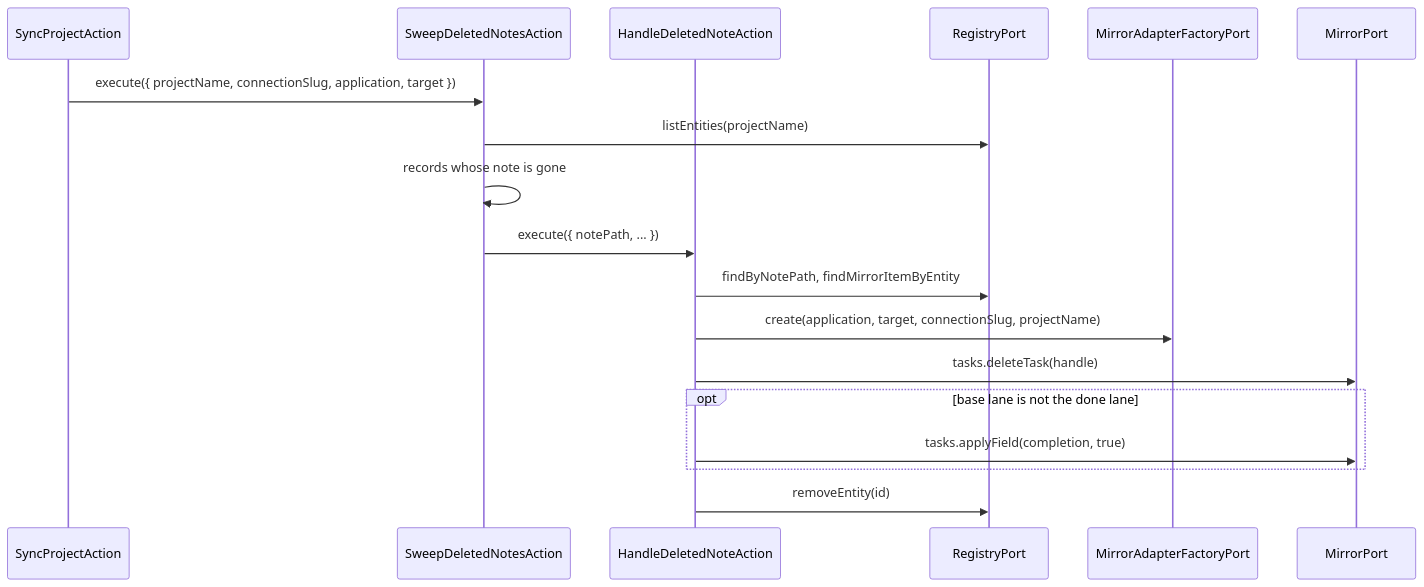
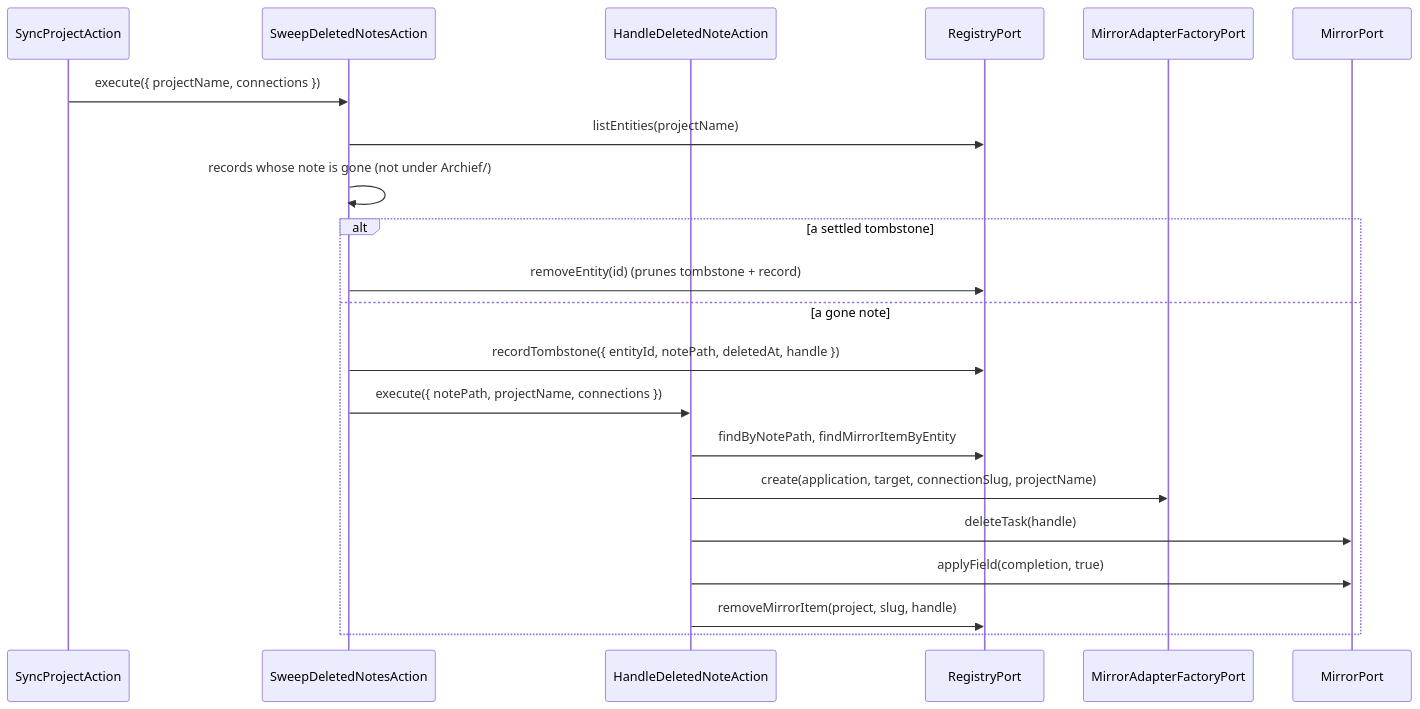
Diagram 15 of 16 in docs/developer-manual.md (99linesofcode/obsidian-project-management), drawn with Mermaid before and after one commit. The commit also changed other lines of this file and 12 other files, not shown here.

````diff
--- a/docs/developer-manual.md
+++ b/docs/developer-manual.md
@@ -670,21 +685,24 @@
 ```mermaid
 sequenceDiagram
   participant SP as SyncProjectAction
   participant Sweep as SweepDeletedNotesAction
   participant HD as HandleDeletedNoteAction
   participant SS as RegistryPort
   participant F as MirrorAdapterFactoryPort
   participant R as MirrorPort
 
-  SP->>Sweep: execute({ projectName, connectionSlug, application, target })
+  SP->>Sweep: execute({ projectName, connections })
   Sweep->>SS: listEntities(projectName)
-  Sweep->>Sweep: records whose note is gone
-  Sweep->>HD: execute({ notePath, ... })
-  HD->>SS: findByNotePath, findMirrorItemByEntity
-  HD->>F: create(application, target, connectionSlug, projectName)
-  HD->>R: tasks.deleteTask(handle)
-  opt base lane is not the done lane
-    HD->>R: tasks.applyField(completion, true)
+  Sweep->>Sweep: records whose note is gone (not under Archief/)
+  alt a settled tombstone
+    Sweep->>SS: removeEntity(id) (prunes tombstone + record)
+  else a gone note
+    Sweep->>SS: recordTombstone({ entityId, notePath, deletedAt, handle })
+    Sweep->>HD: execute({ notePath, projectName, connections })
+    HD->>SS: findByNotePath, findMirrorItemByEntity
+    HD->>F: create(application, target, connectionSlug, projectName)
+    HD->>R: deleteTask(handle)
+    HD->>R: applyField(completion, true)
+    HD->>SS: removeMirrorItem(project, slug, handle)
   end
-  HD->>SS: removeEntity(id)
 ```
````
